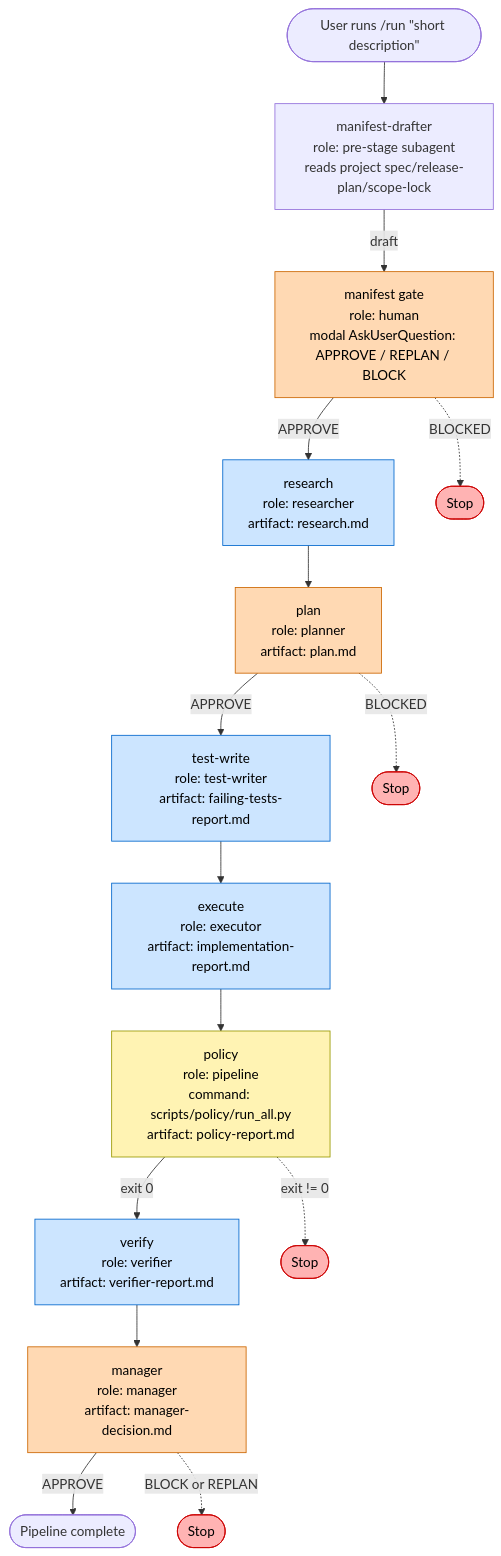
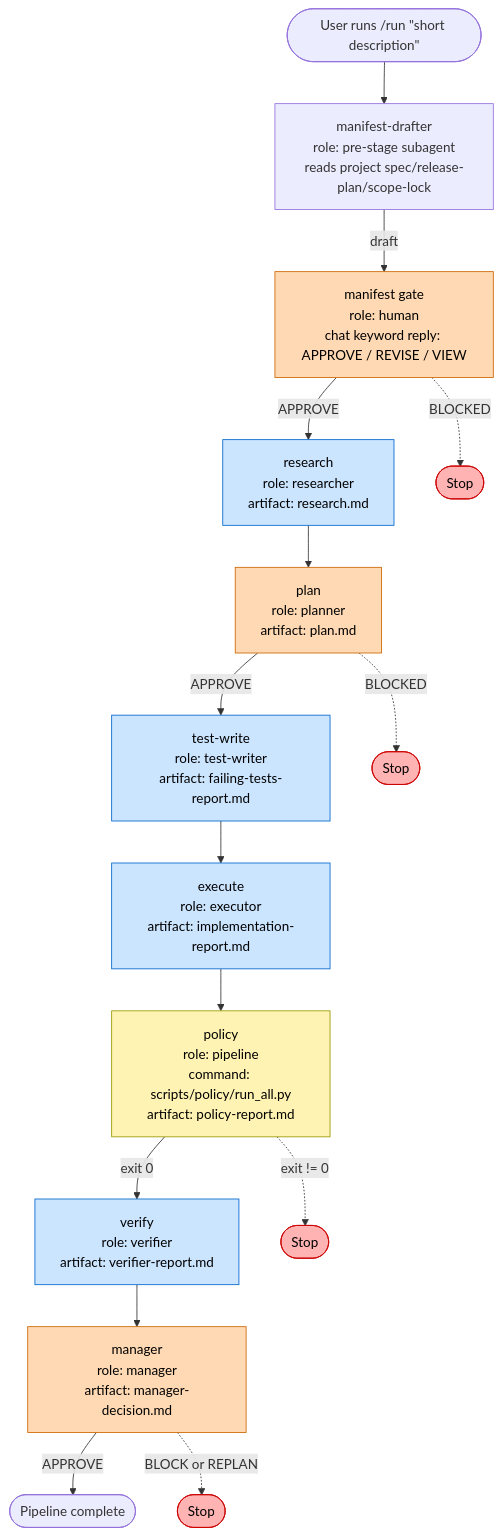
One commit to scottconverse/agentic-pipeline changed the fifth of 13 diagrams in ARCHITECTURE.md. Above: the diagram before and after it, drawn with Mermaid. The commit also changed other lines of this file and 24 other files, not shown here.

First line of the commit message:
v2.2.1: chat-gate restoration + cache hygiene + scaffold refresh (#27)

````diff
--- a/ARCHITECTURE.md
+++ b/ARCHITECTURE.md
@@ -186,28 +186,28 @@
 ```mermaid
 flowchart TB
     Start([User runs /run &quot;short description&quot;]) --> D[manifest-drafter<br/>role: pre-stage subagent<br/>reads project spec/release-plan/scope-lock]
-    D -- draft --> M[manifest gate<br/>role: human<br/>modal AskUserQuestion: APPROVE / REPLAN / BLOCK]
+    D -- draft --> M[manifest gate<br/>role: human<br/>chat keyword reply: APPROVE / REVISE / VIEW]
     M -- APPROVE --> R[research<br/>role: researcher<br/>artifact: research.md]
     R --> P[plan<br/>role: planner<br/>artifact: plan.md]
     P -- APPROVE --> TW[test-write<br/>role: test-writer<br/>artifact: failing-tests-report.md]
     TW --> E[execute<br/>role: executor<br/>artifact: implementation-report.md]
     E --> POL[policy<br/>role: pipeline<br/>command: scripts/policy/run_all.py<br/>artifact: policy-report.md]
     POL -- exit 0 --> V[verify<br/>role: verifier<br/>artifact: verifier-report.md]
     V --> MGR[manager<br/>role: manager<br/>artifact: manager-decision.md]
     MGR -- APPROVE --> Done([Pipeline complete])
 
     M -. BLOCKED .-> Stop1([Stop])
     P -. BLOCKED .-> Stop2([Stop])
     POL -. exit != 0 .-> Stop3([Stop])
     MGR -. BLOCK or REPLAN .-> Stop4([Stop])
 
     classDef human fill:#ffd9b3,stroke:#cc6600,color:#000
     classDef agent fill:#cce5ff,stroke:#0066cc,color:#000
     classDef policy fill:#fff3b3,stroke:#999900,color:#000
     classDef stop fill:#ffb3b3,stroke:#cc0000,color:#000
 
     class M,P,MGR human
     class R,TW,E,V agent
     class POL policy
     class Stop1,Stop2,Stop3,Stop4 stop
 ```
````
